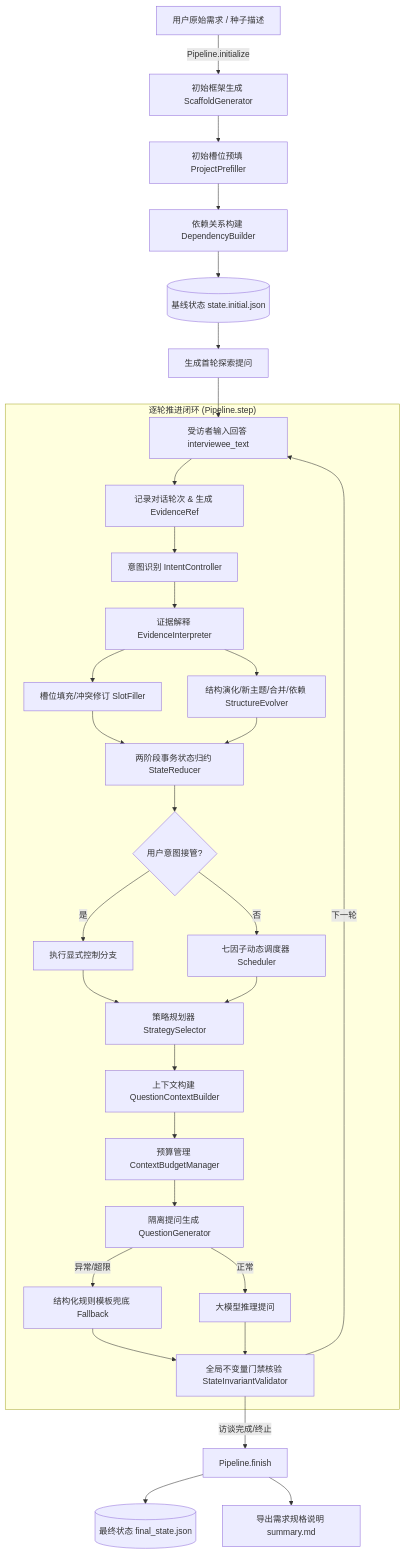
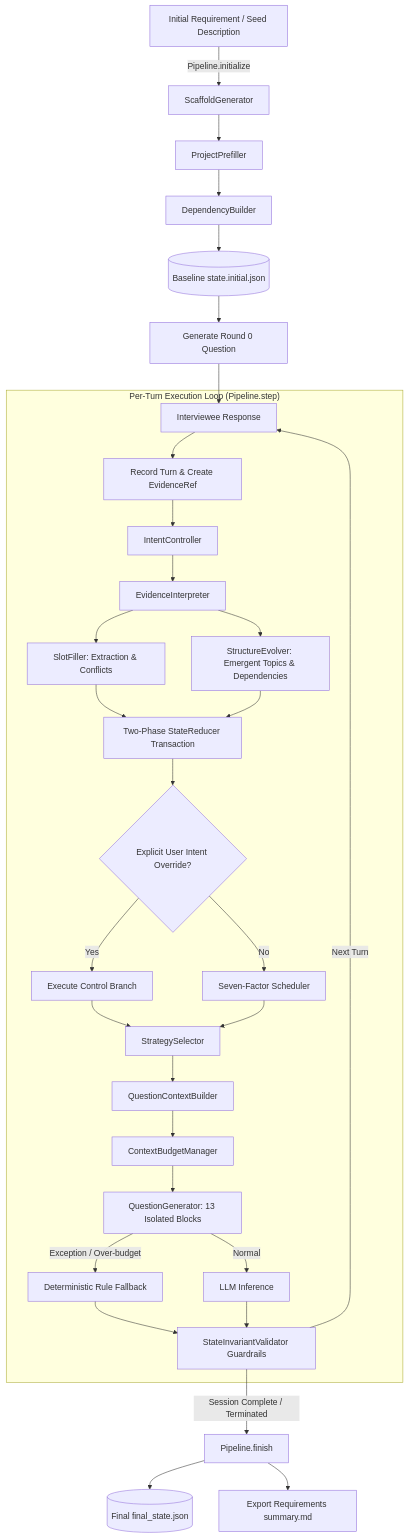
One commit to EchoAran/requirements_interview_fse changed the diagram in README.md. Above: the diagram before and after it, drawn with Mermaid. The commit also changed other lines of this file and 10 other files, not shown here.

````diff
--- a/README.md
+++ b/README.md
@@ -48,34 +48,34 @@
 ```mermaid
 flowchart TD
-    A[用户原始需求 / 种子描述] -->|Pipeline.initialize| B[初始框架生成 ScaffoldGenerator]
-    B --> C[初始槽位预填 ProjectPrefiller]
-    C --> D[依赖关系构建 DependencyBuilder]
-    D --> E[(基线状态 state.initial.json)]
+    A[Initial Requirement / Seed Description] -->|Pipeline.initialize| B[ScaffoldGenerator]
+    B --> C[ProjectPrefiller]
+    C --> D[DependencyBuilder]
+    D --> E[(Baseline state.initial.json)]
 
-    E --> F[生成首轮探索提问]
-    F --> G[受访者输入回答 interviewee_text]
+    E --> F[Generate Round 0 Question]
+    F --> G[Interviewee Response]
 
-    subgraph "逐轮推进闭环 (Pipeline.step)"
-        G --> H[记录对话轮次 & 生成 EvidenceRef]
-        H --> I[意图识别 IntentController]
-        I --> J[证据解释 EvidenceInterpreter]
-        J --> K[槽位填充/冲突修订 SlotFiller]
-        J --> L[结构演化/新主题/合并/依赖 StructureEvolver]
-        K & L --> M[两阶段事务状态归约 StateReducer]
-        M --> N{用户意图接管?}
-        N -- 是 --> O[执行显式控制分支]
-        N -- 否 --> P[七因子动态调度器 Scheduler]
-        O & P --> Q[策略规划器 StrategySelector]
-        Q --> R[上下文构建 QuestionContextBuilder]
-        R --> S[预算管理 ContextBudgetManager]
-        S --> T[隔离提问生成 QuestionGenerator]
-        T -->|异常/超限| U[结构化规则模板兜底 Fallback]
-        T -->|正常| V[大模型推理提问]
-        U & V --> W[全局不变量门禁核验 StateInvariantValidator]
+    subgraph "Per-Turn Execution Loop (Pipeline.step)"
+        G --> H[Record Turn & Create EvidenceRef]
+        H --> I[IntentController]
+        I --> J[EvidenceInterpreter]
+        J --> K[SlotFiller: Extraction & Conflicts]
+        J --> L[StructureEvolver: Emergent Topics & Dependencies]
+        K & L --> M[Two-Phase StateReducer Transaction]
+        M --> N{Explicit User Intent Override?}
+        N -- Yes --> O[Execute Control Branch]
+        N -- No --> P[Seven-Factor Scheduler]
+        O & P --> Q[StrategySelector]
+        Q --> R[QuestionContextBuilder]
+        R --> S[ContextBudgetManager]
+        S --> T[QuestionGenerator: 13 Isolated Blocks]
+        T -->|Exception / Over-budget| U[Deterministic Rule Fallback]
+        T -->|Normal| V[LLM Inference]
+        U & V --> W[StateInvariantValidator Guardrails]
     end
 
-    W -->|下一轮| G
-    W -->|访谈完成/终止| X[Pipeline.finish]
-    X --> Y[(最终状态 final_state.json)]
-    X --> Z[导出需求规格说明 summary.md]
+    W -->|Next Turn| G
+    W -->|Session Complete / Terminated| X[Pipeline.finish]
+    X --> Y[(Final final_state.json)]
+    X --> Z[Export Requirements summary.md]
 ```
````
